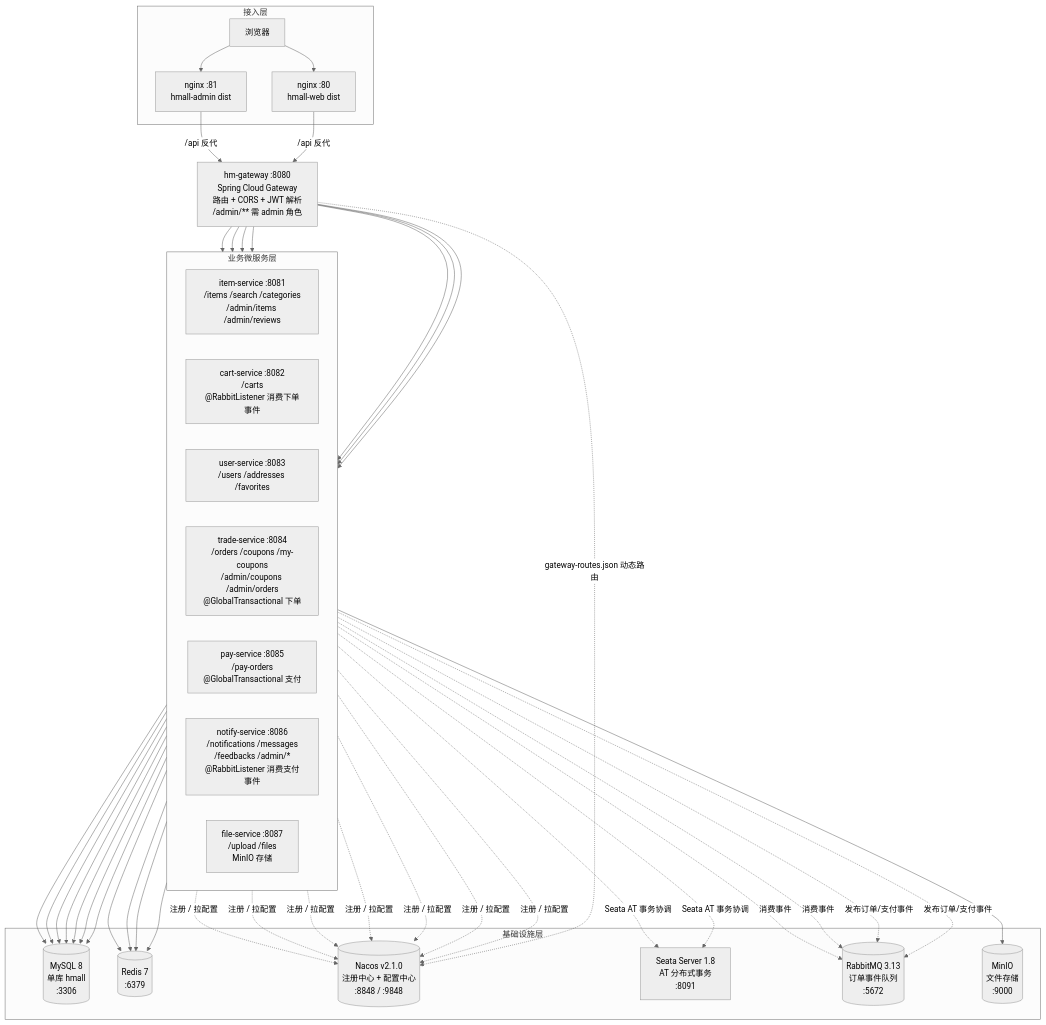
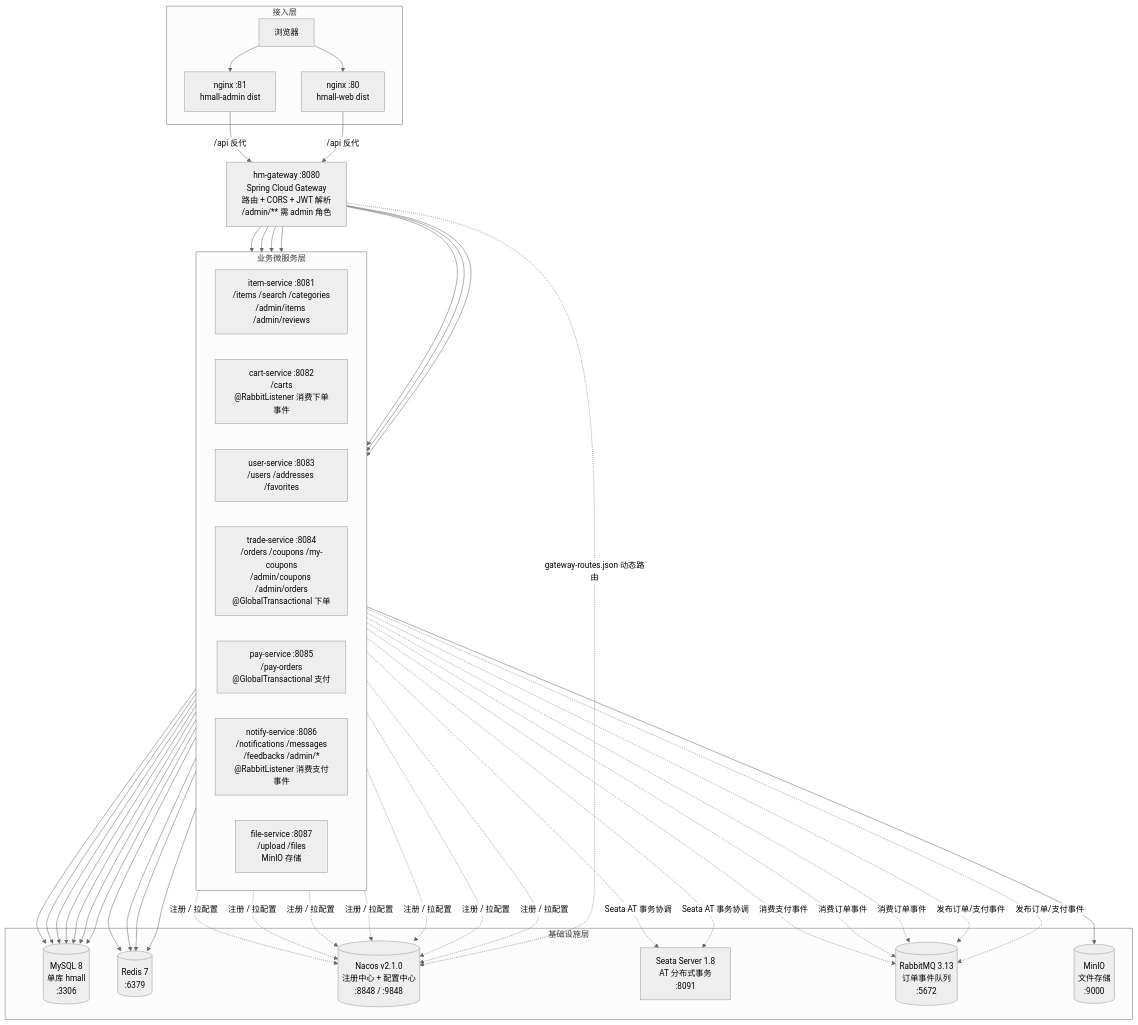
One commit to 3219378872/web-dev-experiment changed the first of 2 diagrams in docs/structure/01-system-architecture.md. Above: the diagram before and after it, drawn with Mermaid (neutral theme). The commit also changed 3 other files, not shown here.

First line of the commit message:
fix: correct diagrams per codex-review findings

````diff
--- a/docs/structure/01-system-architecture.md
+++ b/docs/structure/01-system-architecture.md
@@ -9,47 +9,48 @@
 ```mermaid
 flowchart TB
     subgraph L1[接入层]
         Browser[浏览器]
         WebNginx[nginx :80<br/>hmall-web dist]
         AdminNginx[nginx :81<br/>hmall-admin dist]
     end
 
     GW["hm-gateway :8080<br/>Spring Cloud Gateway<br/>路由 + CORS + JWT 解析<br/>/admin/** 需 admin 角色"]
 
     subgraph L3[业务微服务层]
         direction LR
         IS["item-service :8081<br/>/items /search /categories<br/>/admin/items /admin/reviews"]
         CS["cart-service :8082<br/>/carts<br/>@RabbitListener 消费下单事件"]
         US["user-service :8083<br/>/users /addresses /favorites"]
         TS["trade-service :8084<br/>/orders /coupons /my-coupons<br/>/admin/coupons /admin/orders<br/>@GlobalTransactional 下单"]
         PS["pay-service :8085<br/>/pay-orders<br/>@GlobalTransactional 支付"]
         NS["notify-service :8086<br/>/notifications /messages<br/>/feedbacks /admin/*<br/>@RabbitListener 消费支付事件"]
         FS["file-service :8087<br/>/upload /files<br/>MinIO 存储"]
     end
 
     subgraph L4[基础设施层]
         DB[("MySQL 8<br/>单库 hmall<br/>:3306")]
         Redis[("Redis 7<br/>:6379")]
         Nacos[("Nacos v2.1.0<br/>注册中心 + 配置中心<br/>:8848 / :9848")]
         Seata["Seata Server 1.8<br/>AT 分布式事务<br/>:8091"]
         RabbitMQ[("RabbitMQ 3.13<br/>订单事件队列<br/>:5672")]
         MinIO[("MinIO<br/>文件存储<br/>:9000")]
     end
 
     Browser --> WebNginx
     Browser --> AdminNginx
     WebNginx -- "/api 反代" --> GW
     AdminNginx -- "/api 反代" --> GW
 
     GW --> IS & CS & US & TS & PS & NS & FS
 
     IS & CS & US & TS & PS & NS & FS --> DB
     IS & CS & US & TS --> Redis
     IS & CS & US & TS & PS & NS & FS -. "注册 / 拉配置" .-> Nacos
     GW -. "gateway-routes.json 动态路由" .-> Nacos
 
     TS & PS -. "Seata AT 事务协调" .-> Seata
     TS & PS -. "发布订单/支付事件" .-> RabbitMQ
-    CS & NS -. "消费事件" .-> RabbitMQ
+    CS & NS -. "消费订单事件" .-> RabbitMQ
+    TS -. "消费支付事件" .-> RabbitMQ
     FS --> MinIO
 ```
````
